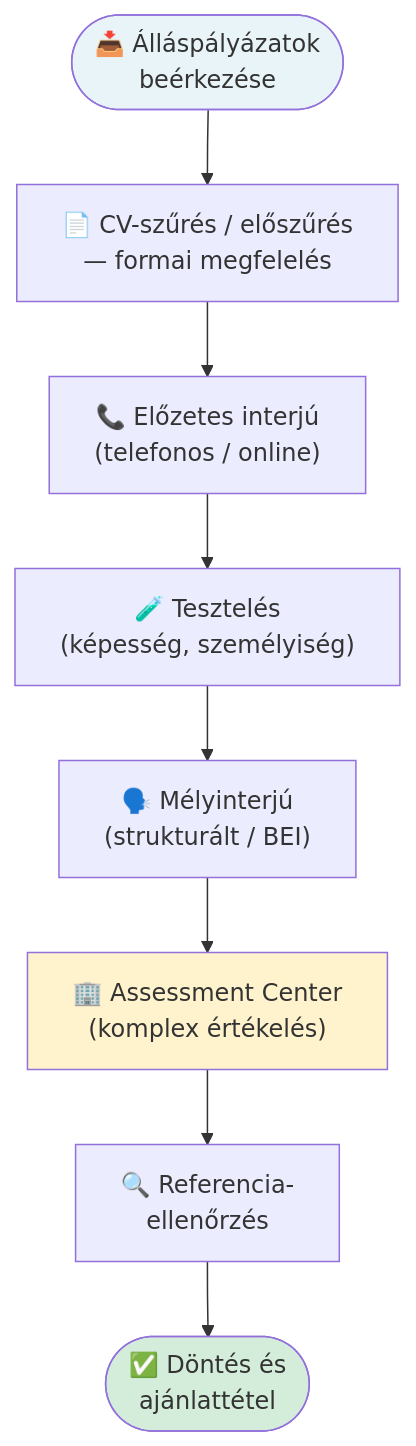
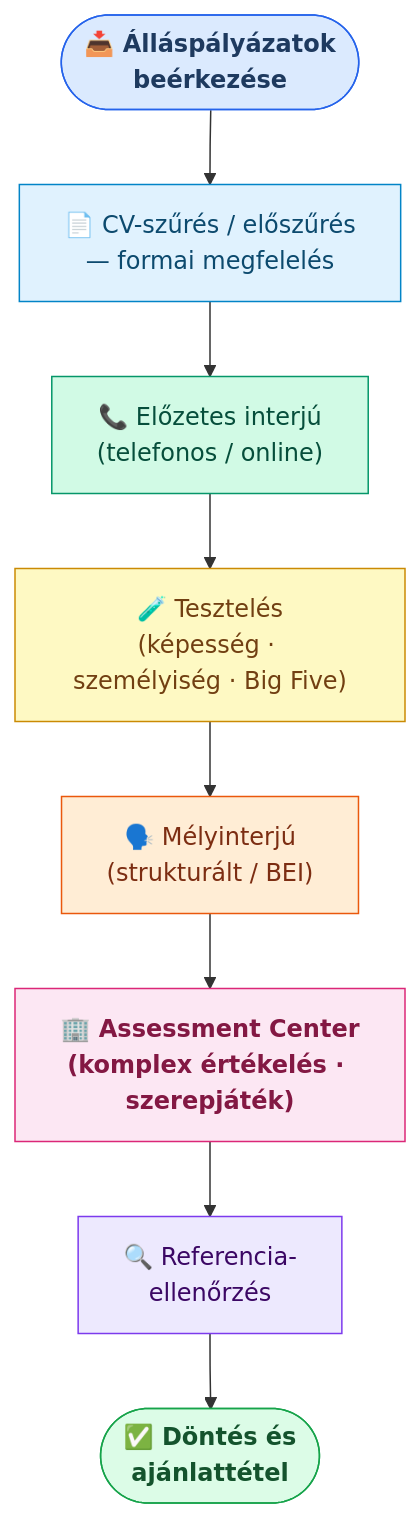
One commit to denespocsik/MM_BSC_Zarovizsga changed the diagram in Tételek/K10-GMXHR1MBLF-Kiválasztási folyamat és módszerek.tétel.md. Above: the diagram before and after it, drawn with Mermaid.

Commit message:
style(K10): restyle selection funnel with spectrum color progression per stage
A K10-es tételben lévő kiválasztási tölcsér-ábra vizuális megjelenése megújult.

- Inline style sorok eltávolítva, helyettük classDef rendszer vezeti a stílusokat
- Minden lépés saját színosztályt kapott, amely spektrum-szerű átmenetet alkot:
  kék (beérkezés) → türkiz (CV-szűrés) → zöld (előinterjú) → sárga (tesztelés)
  → narancs (mélyinterjú) → pink (Assessment Center) → lila (referencia) → zöld (döntés)
- A színátmenet vizuálisan is jelzi, hogy a folyamat egyre mélyebb és szelektívebb értékelést jelent
- Az Assessment Center csomópont félkövér kiemelést kapott mint a legmegbízhatóbb módszer
- A Tesztelés csomópontban a Big Five modell nevesítve a pontosabb tartalomért

Érintett fájl: Tételek/K10-GMXHR1MBLF-Kiválasztási folyamat és módszerek.tétel.md

````diff
--- a/Tételek/K10-GMXHR1MBLF-Kiválasztási folyamat és módszerek.tétel.md
+++ b/Tételek/K10-GMXHR1MBLF-Kiválasztási folyamat és módszerek.tétel.md
@@ -7,14 +7,20 @@
 ```mermaid
 flowchart TD
-    A([📥 Álláspályázatok\nbeérkezése]) --> B["📄 CV-szűrés / előszűrés\n— formai megfelelés"]
-    B --> C["📞 Előzetes interjú\n(telefonos / online)"]
-    C --> D["🧪 Tesztelés\n(képesség, személyiség)"]
-    D --> E["🗣️ Mélyinterjú\n(strukturált / BEI)"]
-    E --> F["🏢 Assessment Center\n(komplex értékelés)"]
-    F --> G["🔍 Referencia-\nellenőrzés"]
-    G --> H([✅ Döntés és\najánlattétel])
+    A(["📥 Álláspályázatok\nbeérkezése"]):::start
+    --> B["📄 CV-szűrés / előszűrés\n— formai megfelelés"]:::s1
+    --> C["📞 Előzetes interjú\n(telefonos / online)"]:::s2
+    --> D["🧪 Tesztelés\n(képesség · személyiség · Big Five)"]:::s3
+    --> E["🗣️ Mélyinterjú\n(strukturált / BEI)"]:::s4
+    --> F["🏢 Assessment Center\n(komplex értékelés · szerepjáték)"]:::s5
+    --> G["🔍 Referencia-\nellenőrzés"]:::s6
+    --> H(["✅ Döntés és\najánlattétel"]):::finish
 
-    style A fill:#e8f4f8
-    style H fill:#d4edda
-    style F fill:#fff3cd
+    classDef start  fill:#dbeafe,stroke:#2563eb,color:#1e3a5f,font-weight:bold
+    classDef s1     fill:#e0f2fe,stroke:#0284c7,color:#0c4a6e
+    classDef s2     fill:#d1fae5,stroke:#059669,color:#064e3b
+    classDef s3     fill:#fef9c3,stroke:#ca8a04,color:#713f12
+    classDef s4     fill:#ffedd5,stroke:#ea580c,color:#7c2d12
+    classDef s5     fill:#fce7f3,stroke:#db2777,color:#831843,font-weight:bold
+    classDef s6     fill:#ede9fe,stroke:#7c3aed,color:#3b0764
+    classDef finish fill:#dcfce7,stroke:#16a34a,color:#14532d,font-weight:bold
 ```
````
